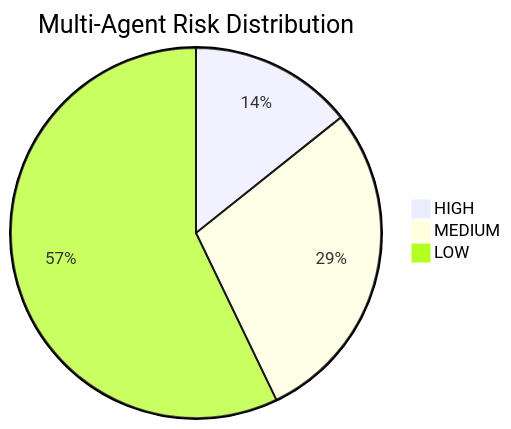
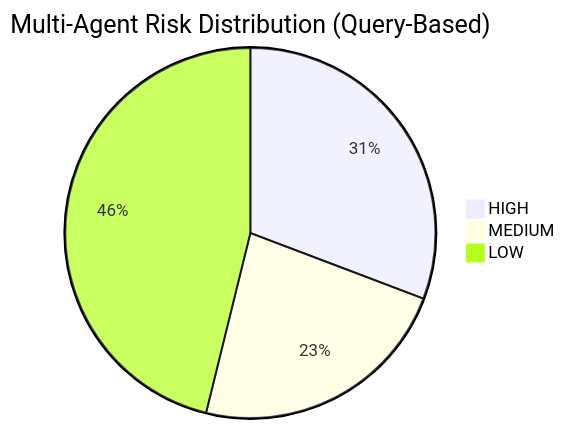
Before and after one commit to stefanotractor/FBI-Agents-817541: the ninth of 11 diagrams in README.md, drawn with Mermaid. The commit also changed other lines of this file and 12 other files, not shown here.

````diff
--- a/README.md
+++ b/README.md
@@ -1096,6 +1099,6 @@
 ```mermaid
-pie title Multi-Agent Risk Distribution
-    "HIGH" : 2
-    "MEDIUM" : 4
-    "LOW" : 8
+pie title Multi-Agent Risk Distribution (Query-Based)
+    "HIGH" : 4
+    "MEDIUM" : 3
+    "LOW" : 6
 ```
````
